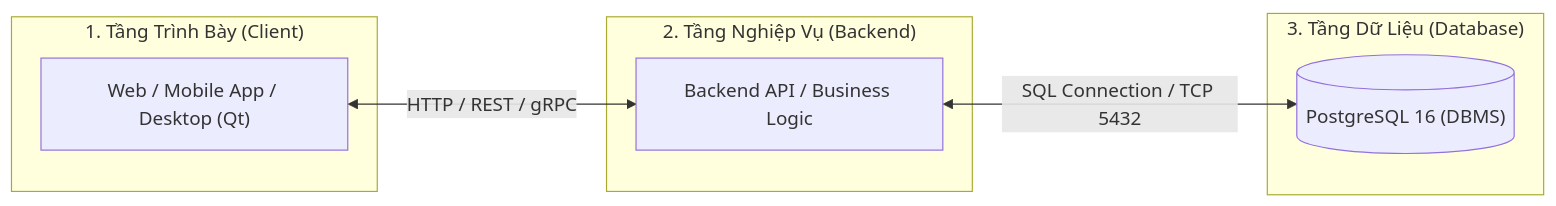
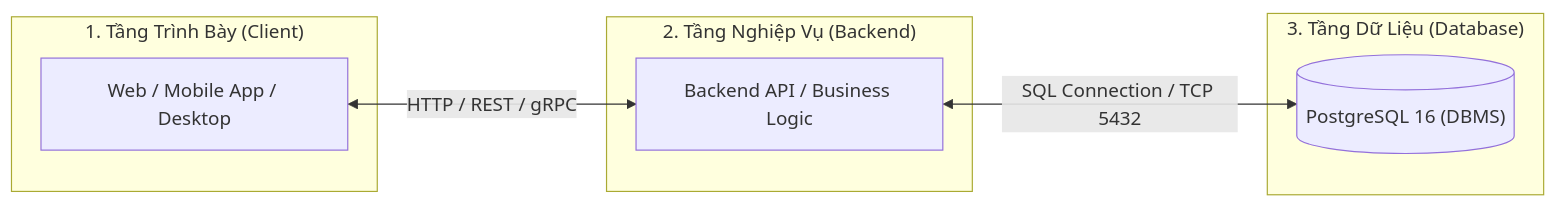
One commit to ThanhPhongvipvip/Tutorial changed the first of 10 diagrams in database/Database.md. Above: the diagram before and after it, drawn with Mermaid. The commit also changed other lines of this file and 2 other files, not shown here.

````diff
--- a/database/Database.md
+++ b/database/Database.md
@@ -57,17 +55,17 @@
 ```mermaid
 flowchart LR
     subgraph Client ["1. Tầng Trình Bày (Client)"]
-        UI["Web / Mobile App / Desktop (Qt)"]
+        UI["Web / Mobile App / Desktop"]
     end
 
     subgraph App ["2. Tầng Nghiệp Vụ (Backend)"]
         API["Backend API / Business Logic"]
     end
 
     subgraph Data ["3. Tầng Dữ Liệu (Database)"]
         PG[("PostgreSQL 16 (DBMS)")]
     end
 
     UI <-->|"HTTP / REST / gRPC"| API
     API <-->|"SQL Connection / TCP 5432"| PG
 ```
````
